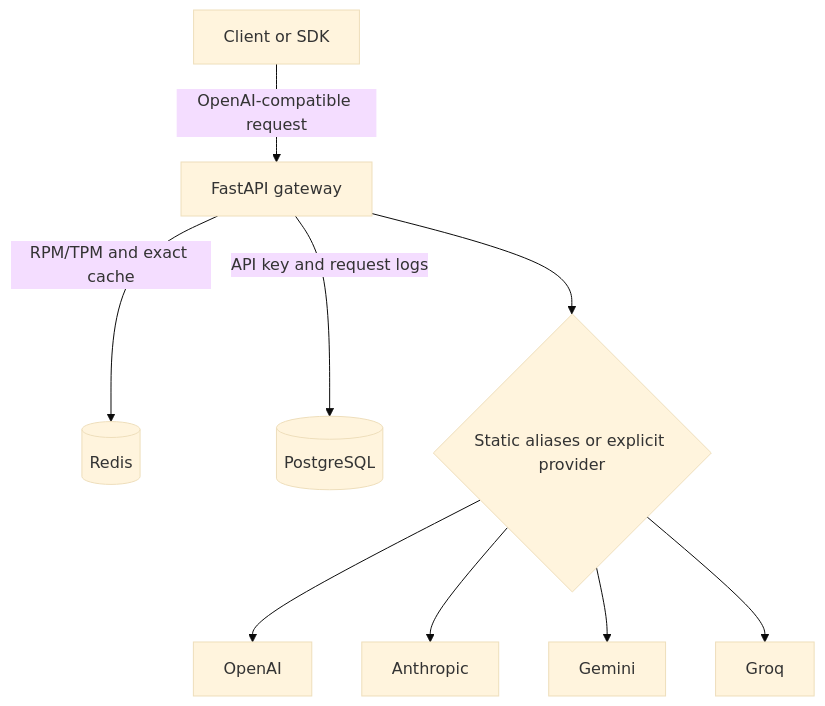
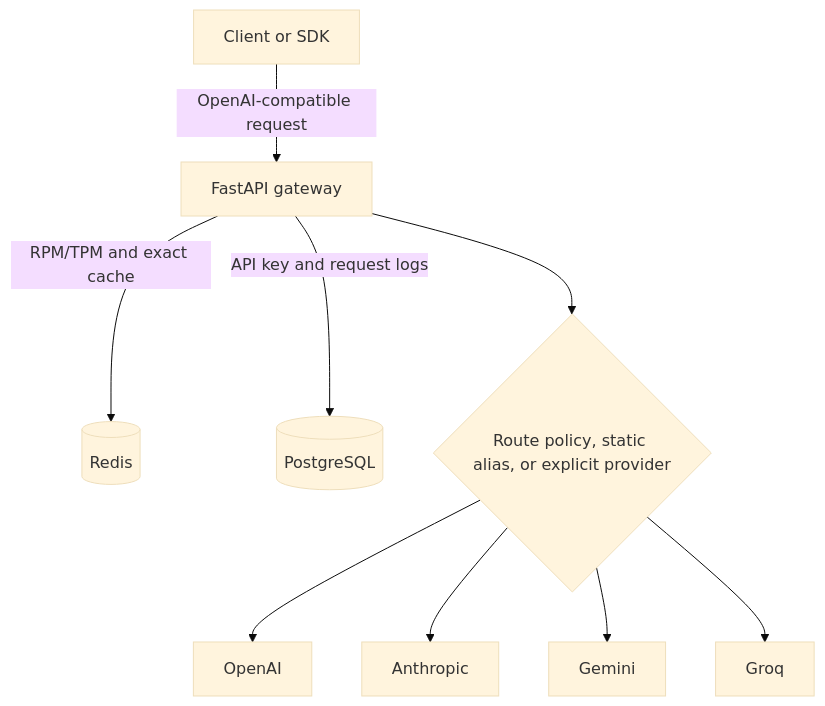
Before and after one commit to rahuljtom/llm-inference-gateway: the diagram in README.md, drawn with Mermaid (base theme). The commit also changed other lines of this file and 12 other files, not shown here.

````diff
--- a/README.md
+++ b/README.md
@@ -31,11 +31,11 @@
 ```mermaid
 graph TD
     Client[Client or SDK] -->|OpenAI-compatible request| Gateway[FastAPI gateway]
     Gateway -->|RPM/TPM and exact cache| Redis[(Redis)]
     Gateway -->|API key and request logs| Postgres[(PostgreSQL)]
-    Gateway --> Router{Static aliases or explicit provider}
+    Gateway --> Router{Route policy, static alias, or explicit provider}
     Router --> OpenAI[OpenAI]
     Router --> Anthropic[Anthropic]
     Router --> Gemini[Gemini]
     Router --> Groq[Groq]
 ```
````
